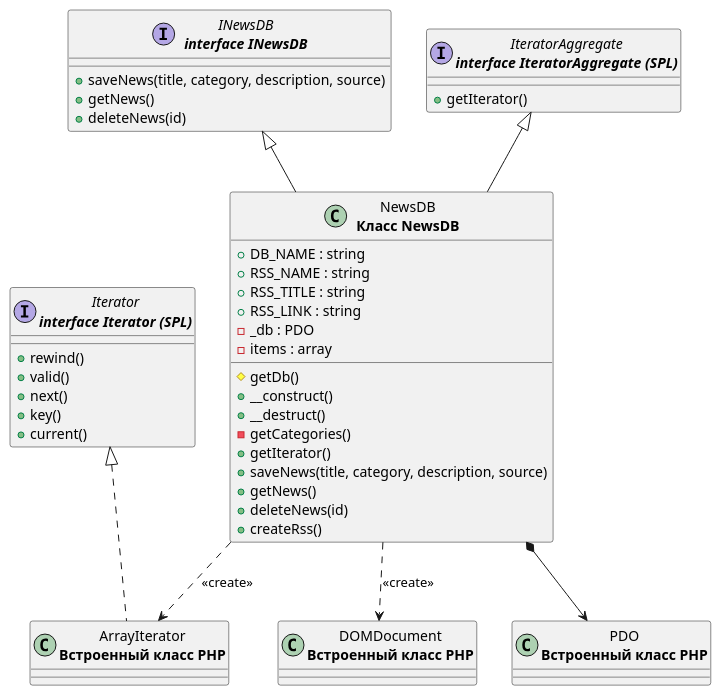
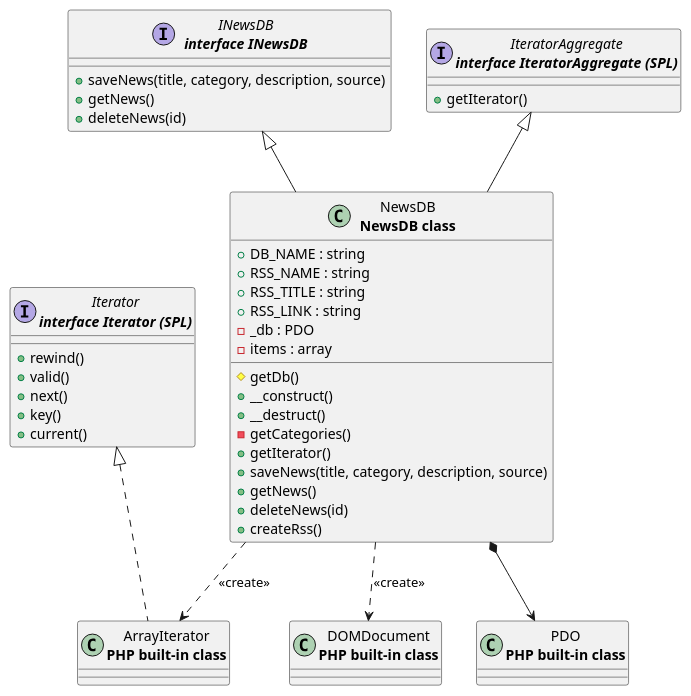
Before and after one commit to Danila-Efremov/web: the diagram in lab6/diagrams/news_diagram.puml, drawn with PlantUML.

```diff
--- a/lab6/diagrams/news_diagram.puml
+++ b/lab6/diagrams/news_diagram.puml
@@ -1,50 +1,50 @@
 @startuml class-diagram
   interface "INewsDB\n<b>interface INewsDB</b>" as INewsDB {
     +saveNews(title, category, description, source)
     +getNews()
     +deleteNews(id)
   }
 
   interface "IteratorAggregate\n<b>interface IteratorAggregate (SPL)</b>" as IteratorAggregate {
     +getIterator()
   }
 
   interface "Iterator\n<b>interface Iterator (SPL)</b>" as Iterator {
     +rewind()
     +valid()
     +next()
     +key()
     +current()
   }
 
-  class "NewsDB\n<b>Класс NewsDB</b>" as NewsDB {
+  class "NewsDB\n<b>NewsDB class</b>" as NewsDB {
     +DB_NAME : string
     +RSS_NAME : string
     +RSS_TITLE : string
     +RSS_LINK : string
     -_db : PDO
     -items : array
     #getDb()
     +__construct()
     +__destruct()
     -getCategories()
     +getIterator()
     +saveNews(title, category, description, source)
     +getNews()
     +deleteNews(id)
     +createRss()
   }
 
-  class "PDO\n<b>Встроенный класс PHP</b>" as PDO
+  class "PDO\n<b>PHP built-in class</b>" as PDO
 
-  class "ArrayIterator\n<b>Встроенный класс PHP</b>" as ArrayIterator
+  class "ArrayIterator\n<b>PHP built-in class</b>" as ArrayIterator
 
-  class "DOMDocument\n<b>Встроенный класс PHP</b>" as DOMDocument
+  class "DOMDocument\n<b>PHP built-in class</b>" as DOMDocument
 
   INewsDB <|-- NewsDB
   IteratorAggregate <|-- NewsDB
   Iterator <|.. ArrayIterator
   NewsDB *--> PDO
   NewsDB ..> ArrayIterator : <<create>>
   NewsDB ..> DOMDocument : <<create>>
 @enduml
```
